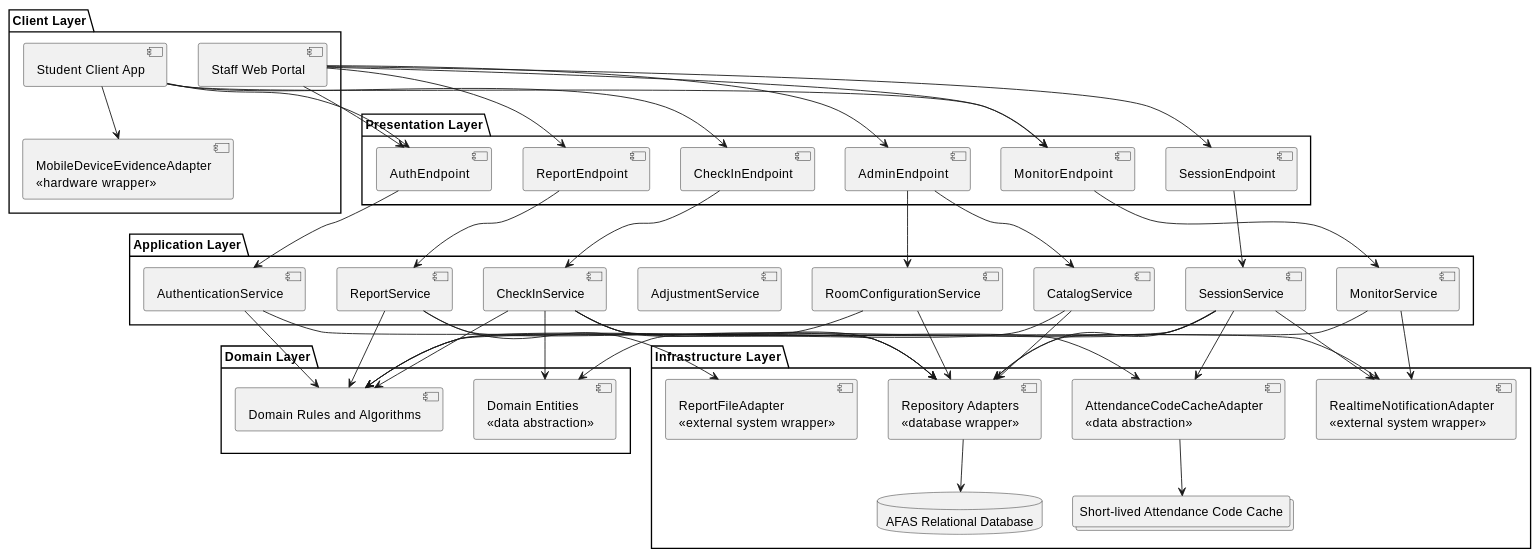
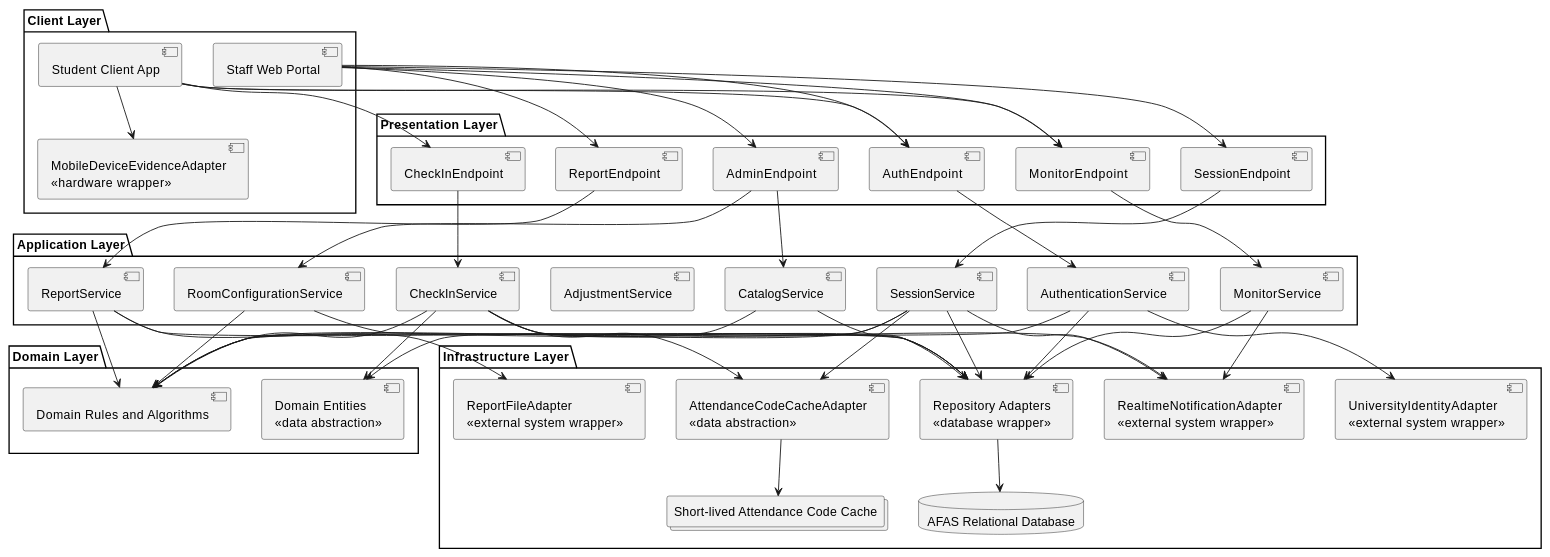
Before and after one commit to nttung42/SWD392: the third of 7 diagrams in docs/sds/3_Design.md, drawn with PlantUML. The commit also changed other lines of this file and 5 other files, not shown here.

```diff
--- a/docs/sds/3_Design.md
+++ b/docs/sds/3_Design.md
@@ -297,6 +301,7 @@
 
 package "Infrastructure Layer" {
   component "Repository Adapters\n«database wrapper»" as Repositories
+  component "UniversityIdentityAdapter\n«external system wrapper»" as UniversityIdentityAdapter
   component "AttendanceCodeCacheAdapter\n«data abstraction»" as CodeCache
   component "RealtimeNotificationAdapter\n«external system wrapper»" as Realtime
   component "ReportFileAdapter\n«external system wrapper»" as ReportFile
@@ -332,6 +337,7 @@
 ReportService --> DomainRules
 
 AuthenticationService --> Repositories
+AuthenticationService --> UniversityIdentityAdapter
 CheckInService --> Repositories
 CheckInService --> CodeCache
 CheckInService --> Realtime
```
